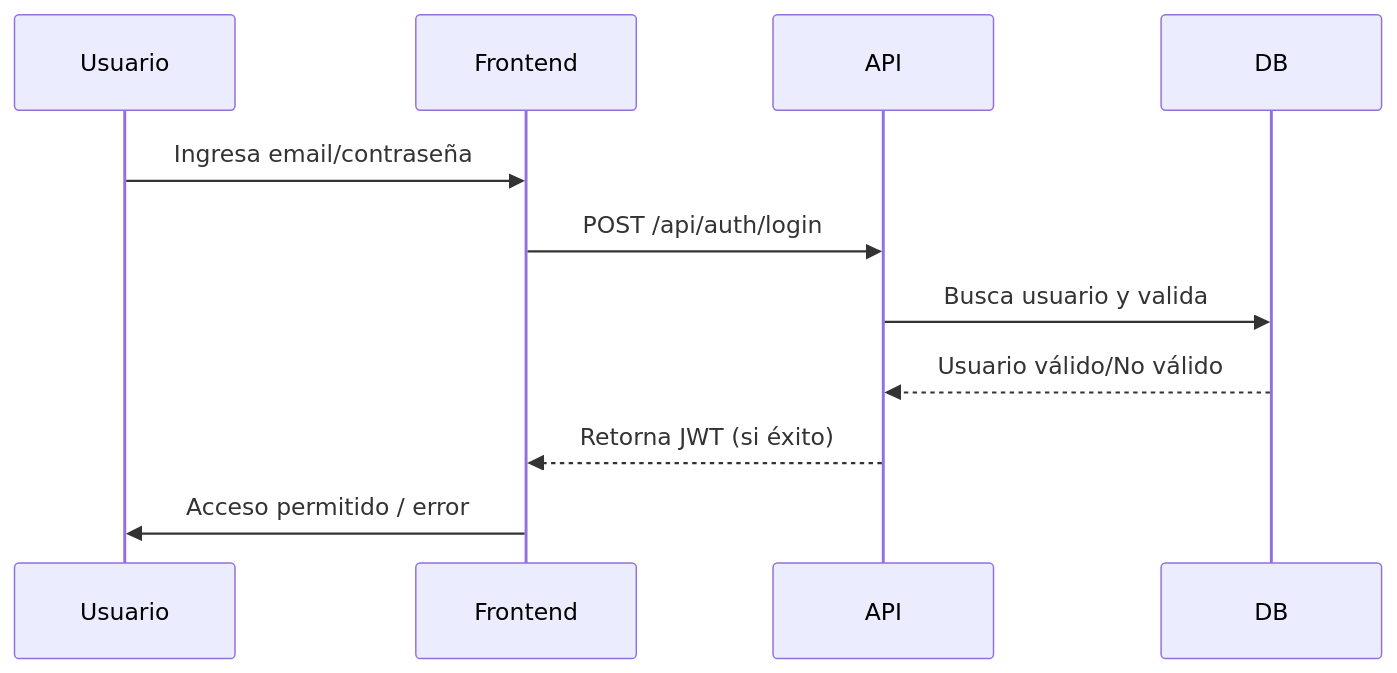
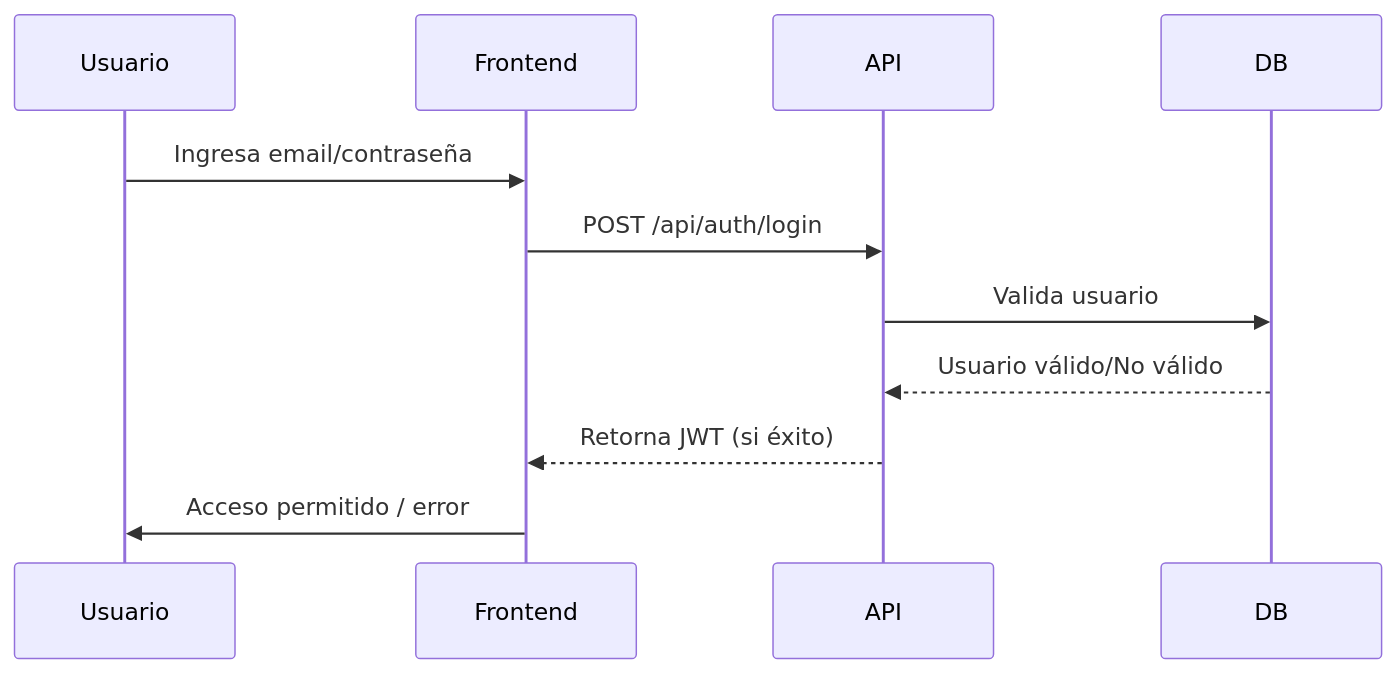
Before and after one commit to felipesanchez-dev/proyecto-final-crud-full-stack: the second of 4 diagrams in README.md, drawn with Mermaid. The commit also changed other lines of this file, not shown here.

````diff
--- a/README.md
+++ b/README.md
@@ -153,14 +116,14 @@
 ```mermaid
 sequenceDiagram
   participant Usuario
   participant Frontend
   participant API
   participant DB
 
   Usuario->>Frontend: Ingresa email/contraseña
   Frontend->>API: POST /api/auth/login
-  API->>DB: Busca usuario y valida
+  API->>DB: Valida usuario
   DB-->>API: Usuario válido/No válido
   API-->>Frontend: Retorna JWT (si éxito)
   Frontend->>Usuario: Acceso permitido / error
 ```
````
